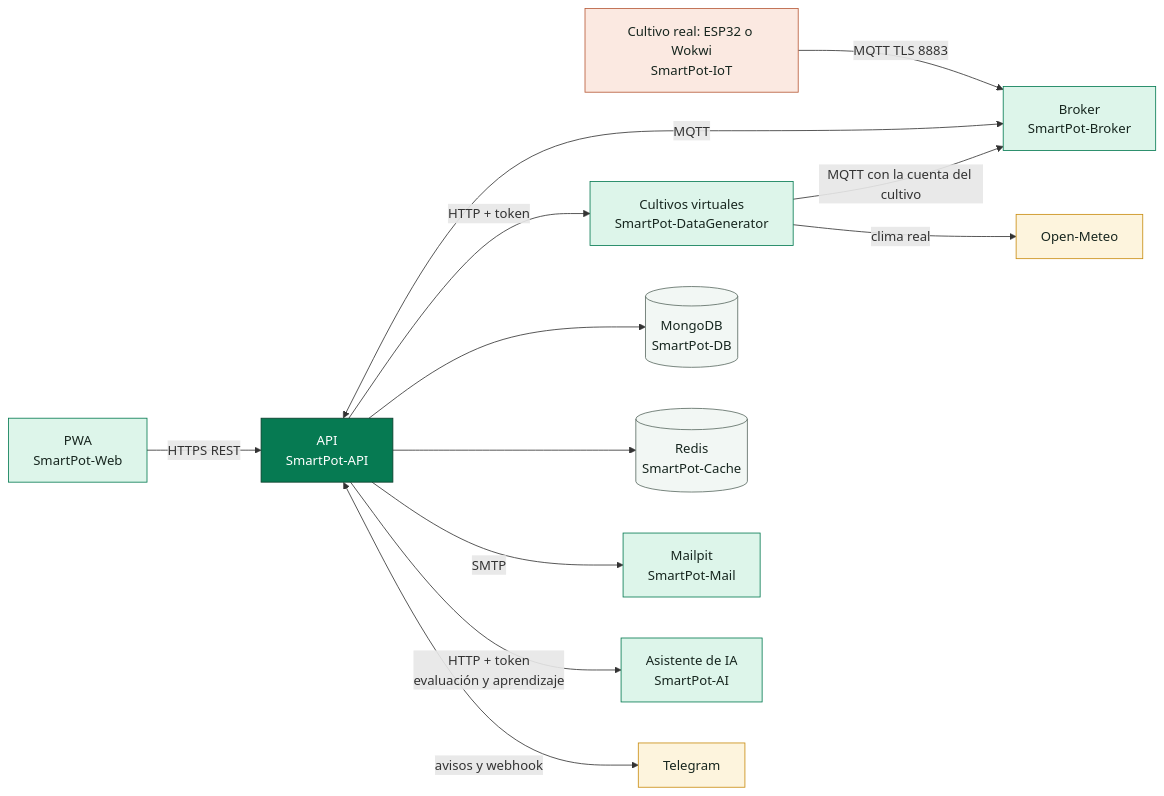
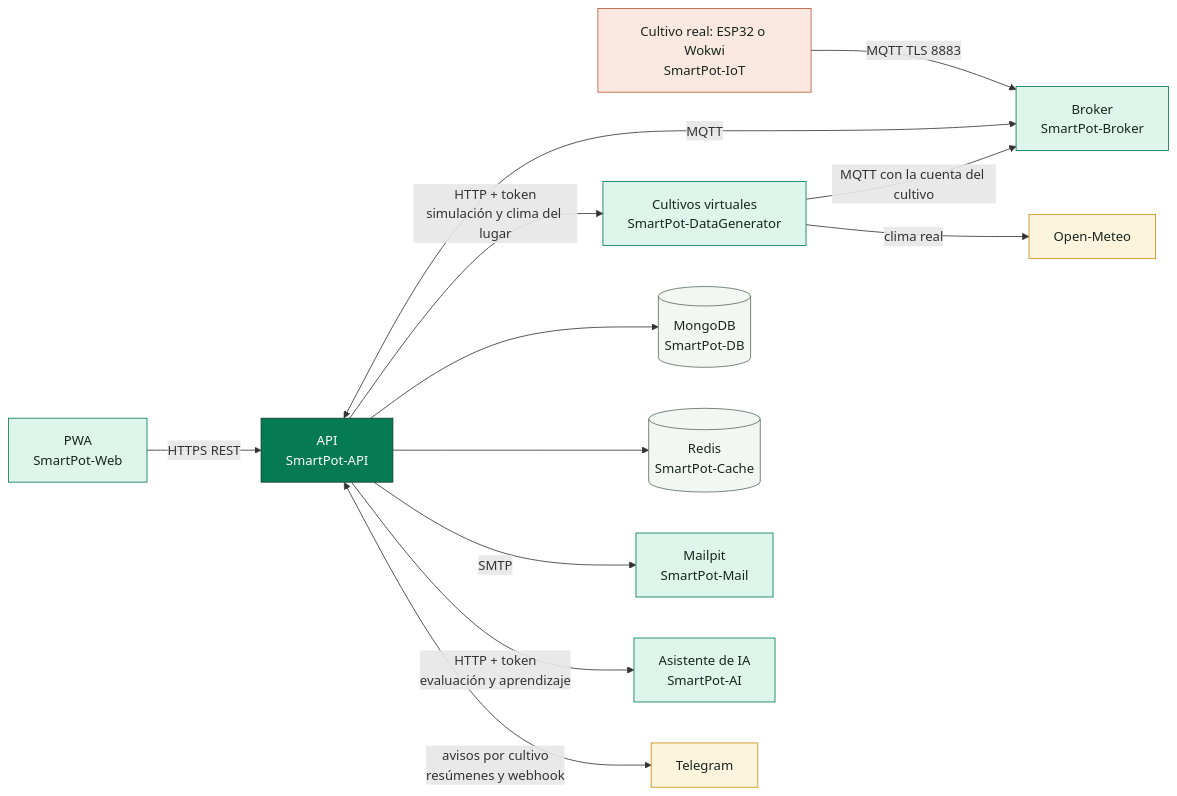
Before and after one commit to SmartPotTech/.github: the diagram in README.md, drawn with Mermaid. The commit also changed other lines of this file, not shown here.

````diff
--- a/README.md
+++ b/README.md
@@ -38,24 +38,24 @@
 ```mermaid
 flowchart LR
   M[Cultivo real: ESP32 o Wokwi<br>SmartPot-IoT] -->|MQTT TLS 8883| B[Broker<br>SmartPot-Broker]
   S[Cultivos virtuales<br>SmartPot-DataGenerator] -->|MQTT con la cuenta del cultivo| B
   S -->|clima real| O[Open-Meteo]
   U[PWA<br>SmartPot-Web] -->|HTTPS REST| A[API<br>SmartPot-API]
   A <-->|MQTT| B
-  A -->|HTTP + token| S
+  A -->|HTTP + token<br>simulación y clima del lugar| S
   A --> D[(MongoDB<br>SmartPot-DB)]
   A --> C[(Redis<br>SmartPot-Cache)]
   A -->|SMTP| E[Mailpit<br>SmartPot-Mail]
   A -->|HTTP + token<br>evaluación y aprendizaje| I[Asistente de IA<br>SmartPot-AI]
-  A <-->|avisos y webhook| T[Telegram]
+  A <-->|avisos por cultivo<br>resúmenes y webhook| T[Telegram]
   classDef platform fill:#DDF5EA,stroke:#067A52,color:#17261F
   classDef device fill:#FBE9E1,stroke:#B85A38,color:#17261F
   classDef store fill:#F2F7F4,stroke:#5B6B63,color:#17261F
   classDef external fill:#FDF4DD,stroke:#C98D12,color:#17261F
   classDef core fill:#067A52,stroke:#0B3D2B,color:#FFFFFF
   class A core
   class B,U,I,E,S platform
   class M device
   class D,C store
   class O,T external
 ```
````
